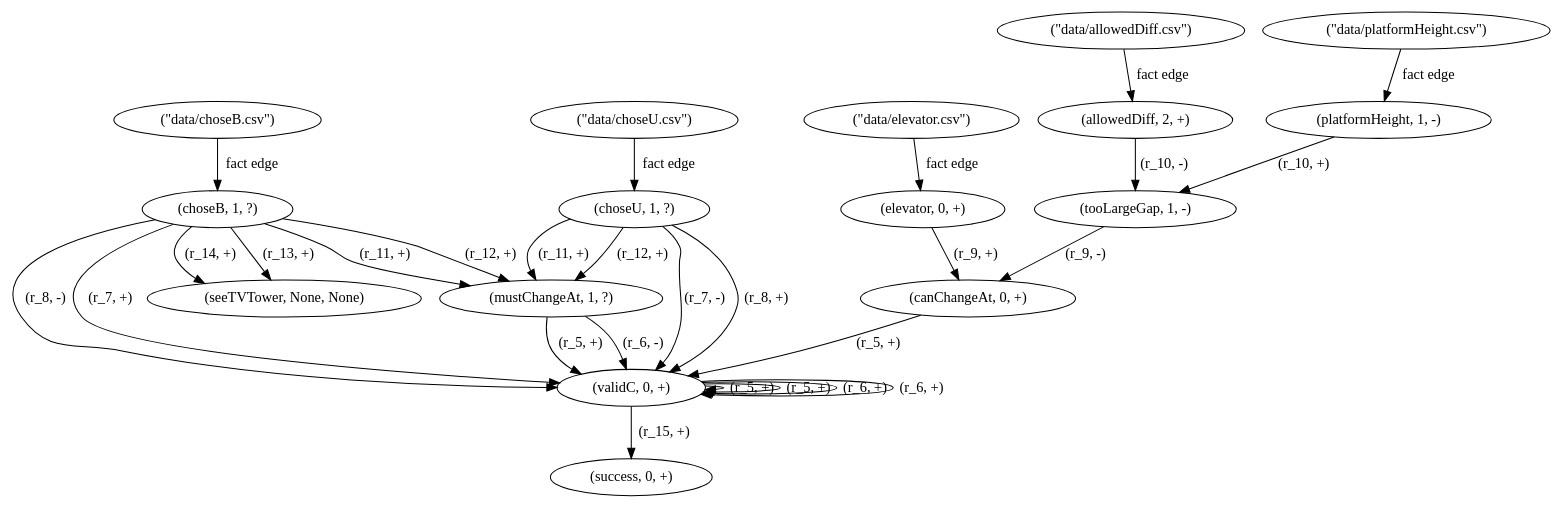
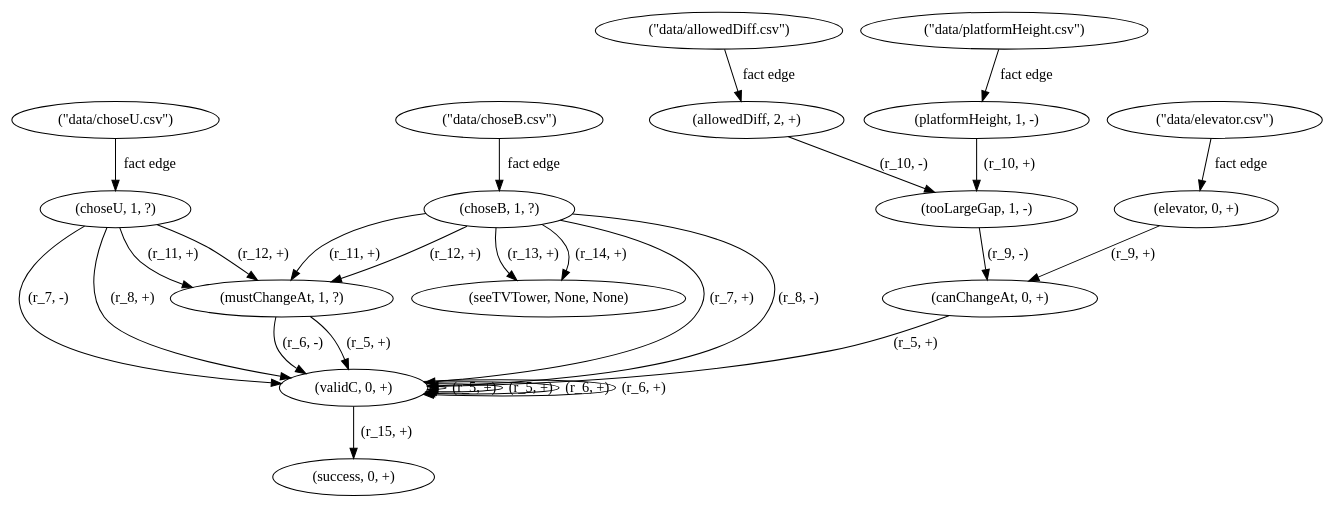
One commit to Leo-Aus-Berlin/nemo-metamorphic-testing changed the diagram in Transformation Sequence 1/input/input_adg.dot. Above: the diagram before and after it, drawn with Graphviz. The commit also changed 4 other files, not shown here.

Commit message:
add fact node and edge

```diff
--- a/Transformation Sequence 1/input/input_adg.dot
+++ b/Transformation Sequence 1/input/input_adg.dot
@@ -1,45 +1,45 @@
 digraph {
     0 [ label = "(mustChangeAt, 1, ?)" ]
-    1 [ label = "(platformHeight, 1, -)" ]
-    2 [ label = "(allowedDiff, 2, +)" ]
-    3 [ label = "(choseB, 1, ?)" ]
-    4 [ label = "(canChangeAt, 0, +)" ]
-    5 [ label = "(elevator, 0, +)" ]
-    6 [ label = "(seeTVTower, None, None)" ]
-    7 [ label = "(success, 0, +)" ]
+    1 [ label = "(allowedDiff, 2, +)" ]
+    2 [ label = "(choseU, 1, ?)" ]
+    3 [ label = "(tooLargeGap, 1, -)" ]
+    4 [ label = "(elevator, 0, +)" ]
+    5 [ label = "(platformHeight, 1, -)" ]
+    6 [ label = "(canChangeAt, 0, +)" ]
+    7 [ label = "(choseB, 1, ?)" ]
     8 [ label = "(validC, 0, +)" ]
-    9 [ label = "(tooLargeGap, 1, -)" ]
-    10 [ label = "(choseU, 1, ?)" ]
+    9 [ label = "(seeTVTower, None, None)" ]
+    10 [ label = "(success, 0, +)" ]
     11 [ label = "(\"data/choseU.csv\")" ]
     12 [ label = "(\"data/choseB.csv\")" ]
     13 [ label = "(\"data/elevator.csv\")" ]
     14 [ label = "(\"data/platformHeight.csv\")" ]
     15 [ label = "(\"data/allowedDiff.csv\")" ]
-    11 -> 10 [ label = "fact edge" ]
-    12 -> 3 [ label = "fact edge" ]
-    13 -> 5 [ label = "fact edge" ]
-    14 -> 1 [ label = "fact edge" ]
-    15 -> 2 [ label = "fact edge" ]
+    11 -> 2 [ label = "fact edge" ]
+    12 -> 7 [ label = "fact edge" ]
+    13 -> 4 [ label = "fact edge" ]
+    14 -> 5 [ label = "fact edge" ]
+    15 -> 1 [ label = "fact edge" ]
     8 -> 8 [ label = "(r_5, +)" ]
     8 -> 8 [ label = "(r_5, +)" ]
     0 -> 8 [ label = "(r_5, +)" ]
-    4 -> 8 [ label = "(r_5, +)" ]
+    6 -> 8 [ label = "(r_5, +)" ]
     8 -> 8 [ label = "(r_6, +)" ]
     8 -> 8 [ label = "(r_6, +)" ]
     0 -> 8 [ label = "(r_6, -)" ]
-    3 -> 8 [ label = "(r_7, +)" ]
-    10 -> 8 [ label = "(r_7, -)" ]
-    10 -> 8 [ label = "(r_8, +)" ]
-    3 -> 8 [ label = "(r_8, -)" ]
-    5 -> 4 [ label = "(r_9, +)" ]
-    9 -> 4 [ label = "(r_9, -)" ]
-    1 -> 9 [ label = "(r_10, +)" ]
-    2 -> 9 [ label = "(r_10, -)" ]
-    10 -> 0 [ label = "(r_11, +)" ]
-    3 -> 0 [ label = "(r_11, +)" ]
-    3 -> 0 [ label = "(r_12, +)" ]
-    10 -> 0 [ label = "(r_12, +)" ]
-    3 -> 6 [ label = "(r_13, +)" ]
-    3 -> 6 [ label = "(r_14, +)" ]
-    8 -> 7 [ label = "(r_15, +)" ]
+    7 -> 8 [ label = "(r_7, +)" ]
+    2 -> 8 [ label = "(r_7, -)" ]
+    2 -> 8 [ label = "(r_8, +)" ]
+    7 -> 8 [ label = "(r_8, -)" ]
+    4 -> 6 [ label = "(r_9, +)" ]
+    3 -> 6 [ label = "(r_9, -)" ]
+    5 -> 3 [ label = "(r_10, +)" ]
+    1 -> 3 [ label = "(r_10, -)" ]
+    2 -> 0 [ label = "(r_11, +)" ]
+    7 -> 0 [ label = "(r_11, +)" ]
+    7 -> 0 [ label = "(r_12, +)" ]
+    2 -> 0 [ label = "(r_12, +)" ]
+    7 -> 9 [ label = "(r_13, +)" ]
+    7 -> 9 [ label = "(r_14, +)" ]
+    8 -> 10 [ label = "(r_15, +)" ]
 }
```
